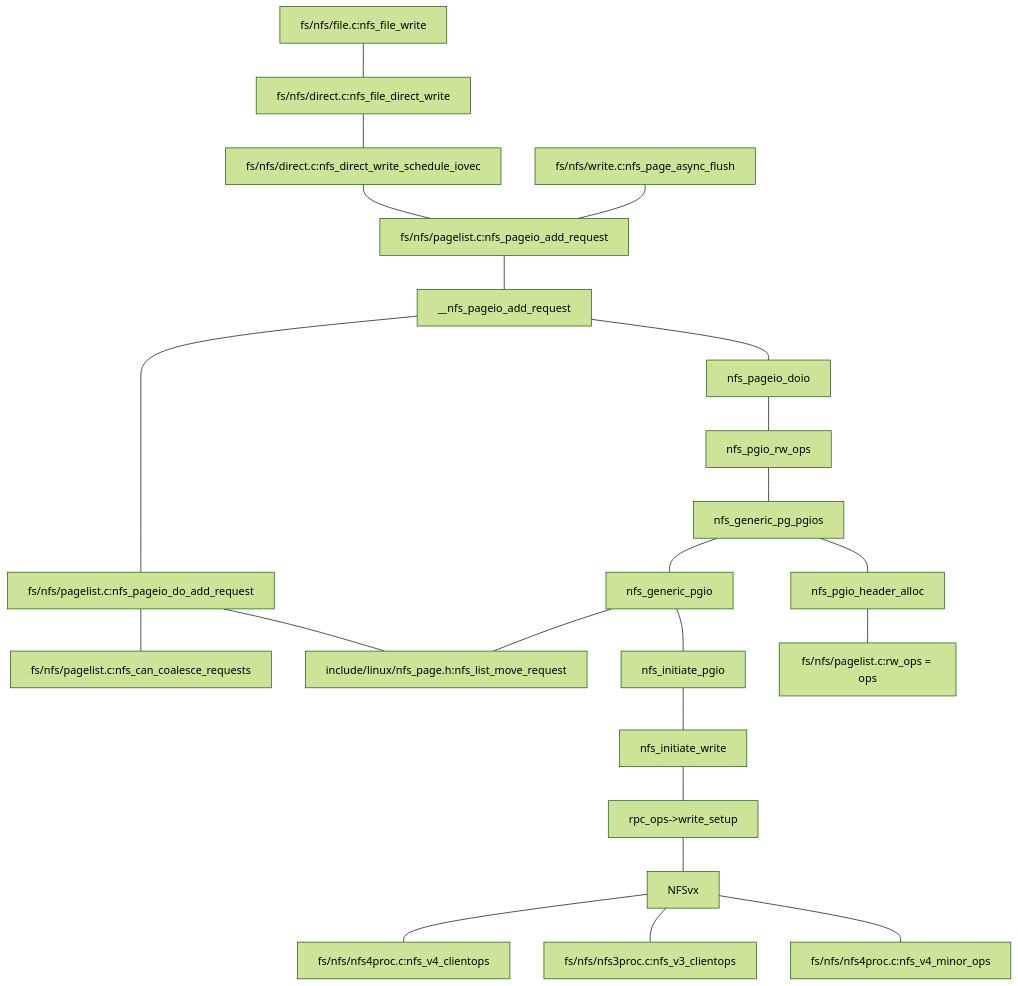
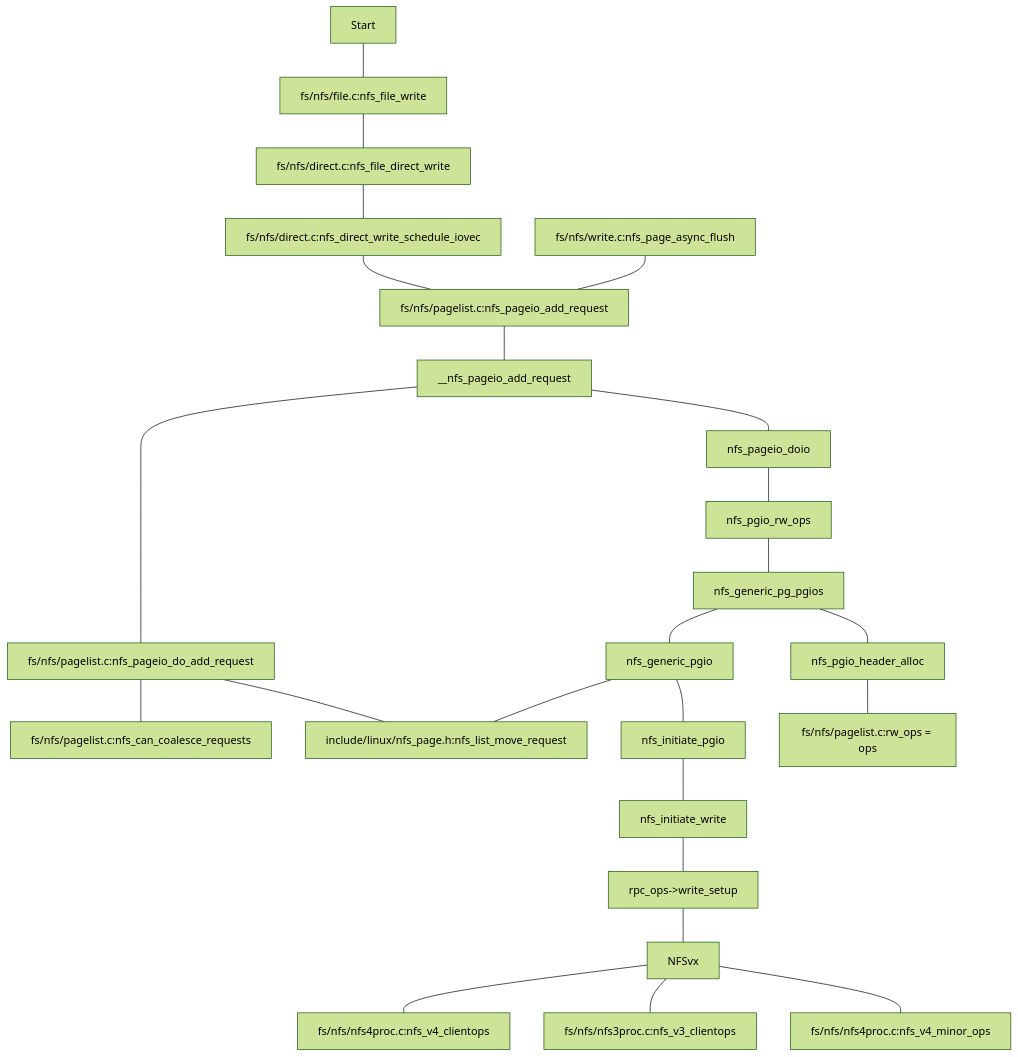
Before and after one commit to DeathPoem/little_cave_local_files: the third of 6 diagrams in bin/SmallTopic/nfsCodePath.md, drawn with Mermaid (forest theme). The commit also changed other lines of this file, not shown here.

````diff
--- a/bin/SmallTopic/nfsCodePath.md
+++ b/bin/SmallTopic/nfsCodePath.md
@@ -52,33 +54,34 @@
 ```mermaid
 graph TD
   %% Set edges to be curved (try monotoneX for a nice alternative)
   linkStyle default interpolate basis
+  Start --- N1
   N1[fs/nfs/file.c:nfs_file_write] --- N2[fs/nfs/direct.c:nfs_file_direct_write]
   N2 --- N3[fs/nfs/direct.c:nfs_direct_write_schedule_iovec]
   N4[fs/nfs/write.c:nfs_page_async_flush]
   N4 --- N5[fs/nfs/pagelist.c:nfs_pageio_add_request]
   N3 --- N5
   N12 --- N6[fs/nfs/pagelist.c:nfs_pageio_do_add_request]
   N6 --- N7[fs/nfs/pagelist.c:nfs_can_coalesce_requests]
   N8[nfs_pgio_rw_ops]
   N9[nfs_generic_pg_pgios]
   N10[nfs_generic_pgio]
   N11[nfs_pageio_doio]
   N5 --- N12[__nfs_pageio_add_request] 
   N12 --- N11
   N11 --- N8
   N8 --- N9
   N9 --- N10
   N10 --- N13[include/linux/nfs_page.h:nfs_list_move_request]
   N6 --- N13
   N10 --- N15[nfs_initiate_pgio]
   N9 --- N16[nfs_pgio_header_alloc]
   N16 --- N17[fs/nfs/pagelist.c:rw_ops = ops]
   N15 --- N18[nfs_initiate_write]
   N22[NFSvx] --- N19[fs/nfs/nfs4proc.c:nfs_v4_clientops]
   N20[rpc_ops->write_setup]
   N18 --- N20
   N22 --- N21[fs/nfs/nfs3proc.c:nfs_v3_clientops]
   N20 --- N22
   N22 --- N23[fs/nfs/nfs4proc.c:nfs_v4_minor_ops]
 ```
````
